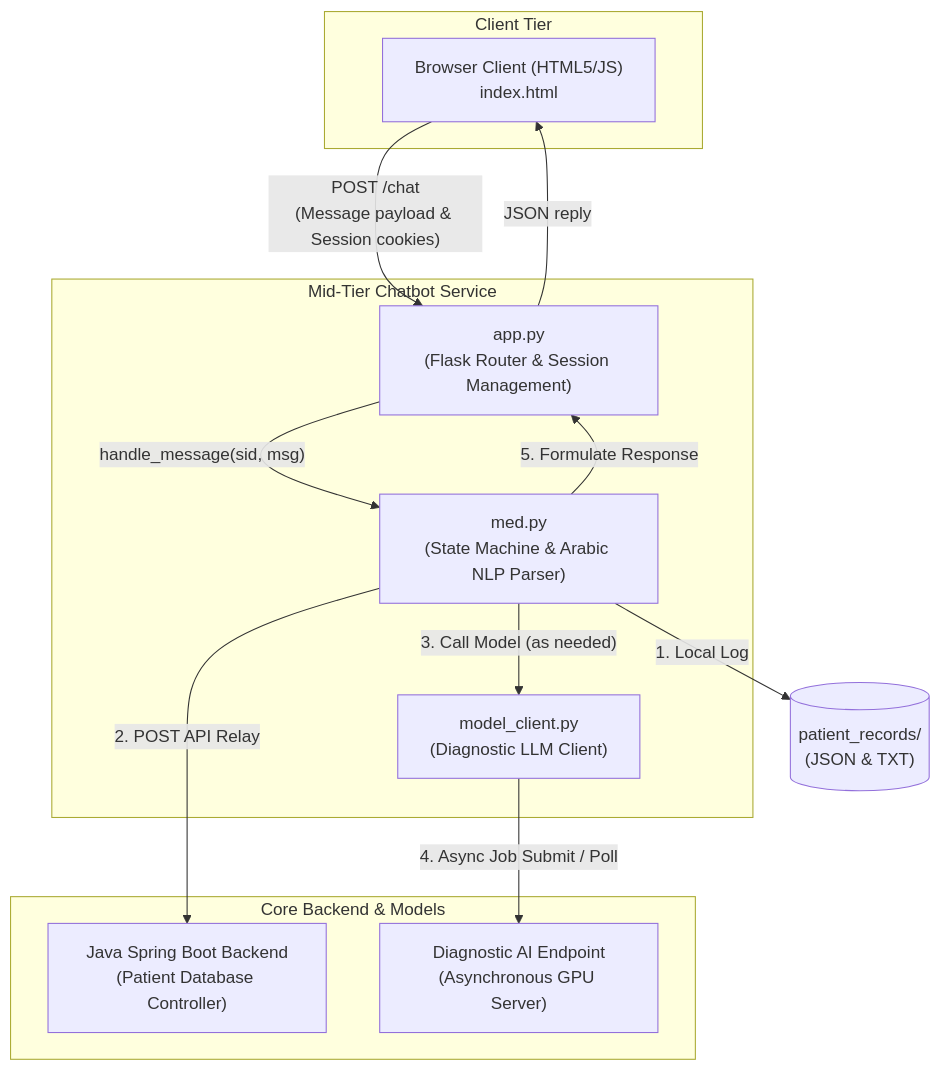
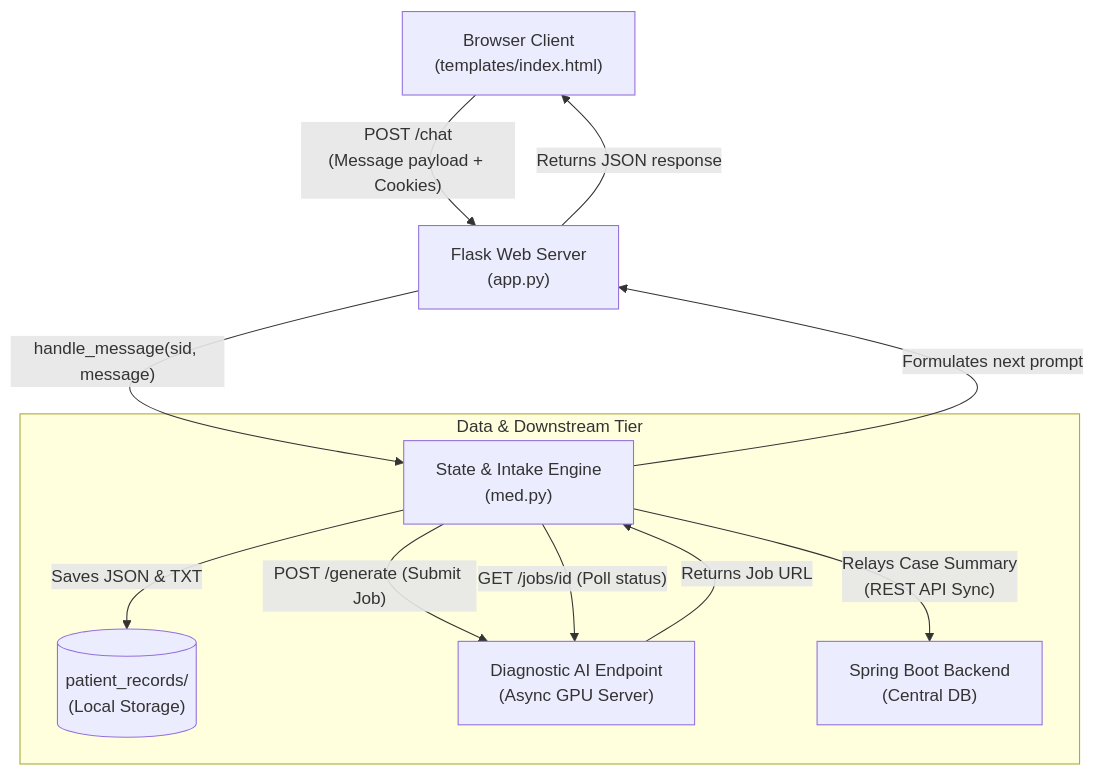
The first of 2 diagrams in README.md (Nabda-Project/Chatbot), drawn with Mermaid before and after one commit. The commit also changed other lines of this file and 3 other files, not shown here.

````diff
--- a/README.md
+++ b/README.md
@@ -52,26 +47,16 @@
 ```mermaid
 graph TD
-    subgraph Client [Client Tier]
-        A["Browser Client (HTML5/JS)<br/>index.html"] 
+    A["Browser Client<br/>(templates/index.html)"] -->|"POST /chat<br/>(Message payload + Cookies)"| B["Flask Web Server<br/>(app.py)"]
+    B -->|"handle_message(sid, message)"| C["State & Intake Engine<br/>(med.py)"]
+    
+    subgraph Data & Downstream Tier
+        C -->|"Saves JSON & TXT"| D[("patient_records/<br/>(Local Storage)")]
+        C -->|"POST /generate (Submit Job)"| E["Diagnostic AI Endpoint<br/>(Async GPU Server)"]
+        E -->|"Returns Job URL"| C
+        C -->|"GET /jobs/id (Poll status)"| E
+        C -->|"Relays Case Summary<br/>(REST API Sync)"| F["Spring Boot Backend<br/>(Central DB)"]
     end
-
-    subgraph Mid [Mid-Tier Chatbot Service]
-        B["app.py<br/>(Flask Router & Session Management)"]
-        C["med.py<br/>(State Machine & Arabic NLP Parser)"]
-        F["model_client.py<br/>(Diagnostic LLM Client)"]
-    end
-
-    subgraph Core [Core Backend & Models]
-        D["Java Spring Boot Backend<br/>(Patient Database Controller)"]
-        E["Diagnostic AI Endpoint<br/>(Asynchronous GPU Server)"]
-    end
-
-    A -->|"POST /chat<br/>(Message payload & Session cookies)"| B
-    B -->|"handle_message(sid, msg)"| C
-    C -->|"1. Local Log"| G[("patient_records/<br/>(JSON & TXT)")]
-    C -->|"2. POST API Relay"| D
-    C -->|"3. Call Model (as needed)"| F
-    F -->|"4. Async Job Submit / Poll"| E
-    C -->|"5. Formulate Response"| B
-    B -->|"JSON reply"| A
+    
+    C -->|"Formulates next prompt"| B
+    B -->|"Returns JSON response"| A
 ```
````
